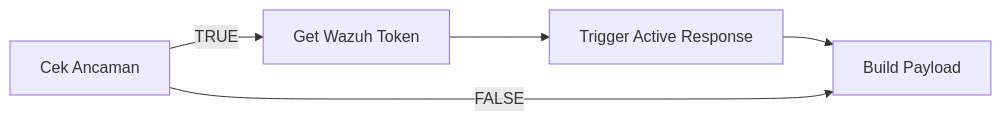
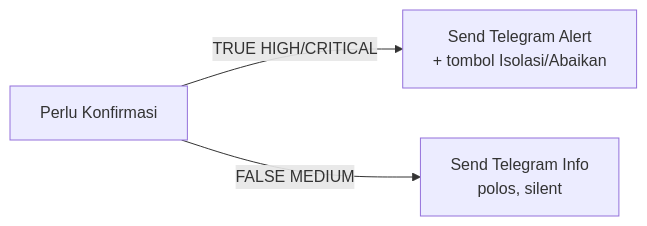
The third of 4 diagrams in docs/FLOW.md (ravi-arnan/soar-project), drawn with Mermaid before and after one commit. The commit also changed other lines of this file and 2 other files, not shown here.

First line of the commit message:
docs: sinkron arsitektur/flow/readme ke Active Response human-in-the-loop

````diff
--- a/docs/FLOW.md
+++ b/docs/FLOW.md
@@ -241,7 +268,5 @@
 ```mermaid
 graph LR
-    A[Cek Ancaman] -->|TRUE| B[Get Wazuh Token]
-    B --> C[Trigger Active Response]
-    C --> D[Build Payload]
-    A -->|FALSE| D
+    A[Perlu Konfirmasi] -->|TRUE HIGH/CRITICAL| B[Send Telegram Alert<br/>+ tombol Isolasi/Abaikan]
+    A -->|FALSE MEDIUM| C[Send Telegram Info<br/>polos, silent]
 ```
````
